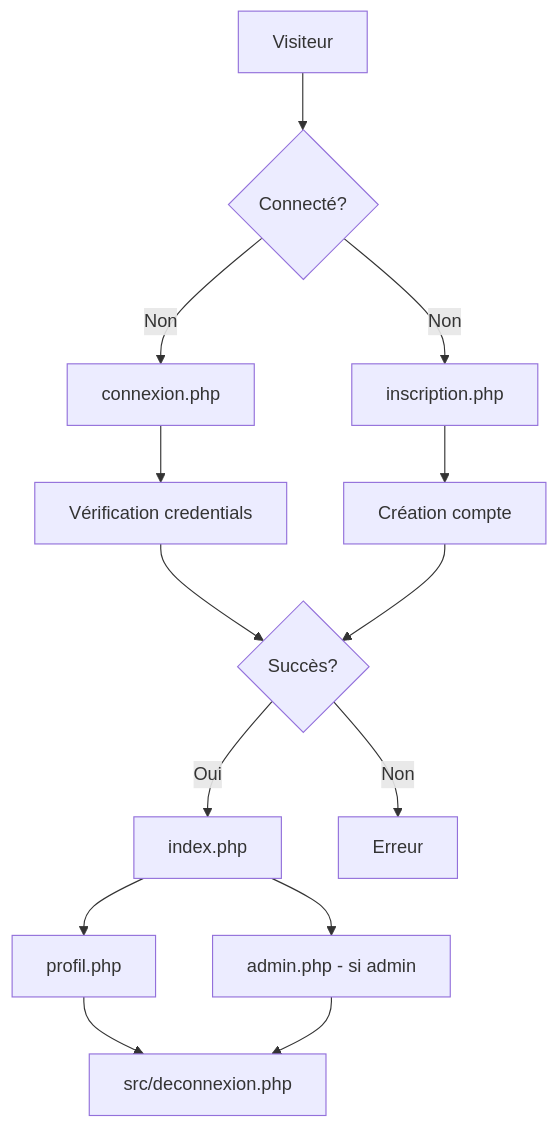
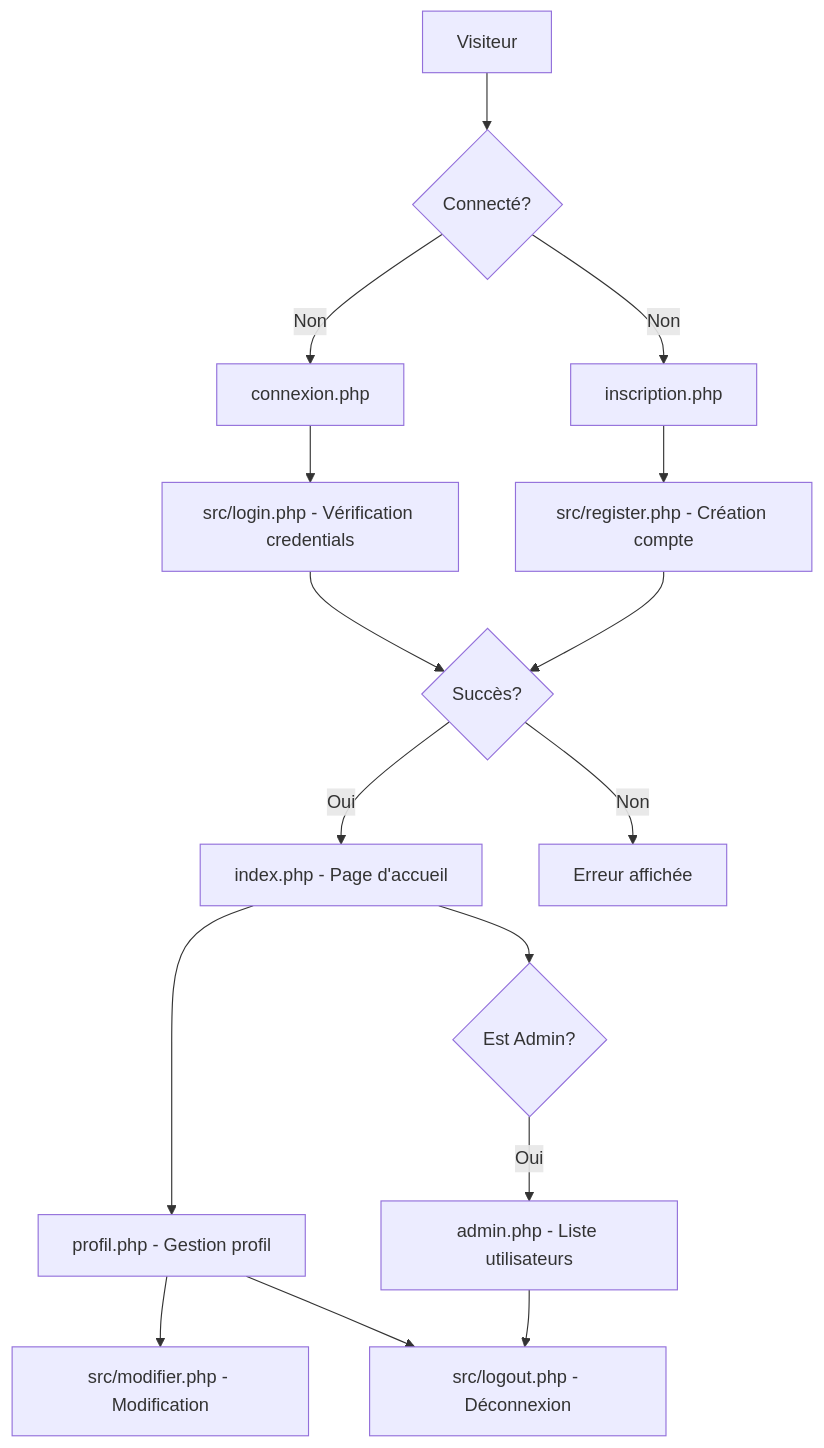
The diagram in README.md (Sofiane224434/module-connexion), drawn with Mermaid before and after one commit. The commit also changed other lines of this file, not shown here.

````diff
--- a/README.md
+++ b/README.md
@@ -55,16 +65,18 @@
 ```mermaid
 graph TD
     A[Visiteur] --> B{Connecté?}
     B -->|Non| C[connexion.php]
     B -->|Non| D[inscription.php]
-    C --> E[Vérification credentials]
-    D --> F[Création compte]
+    C --> E[src/login.php - Vérification credentials]
+    D --> F[src/register.php - Création compte]
     E --> G{Succès?}
     F --> G
-    G -->|Oui| H[index.php]
-    G -->|Non| I[Erreur]
-    H --> J[profil.php]
-    H --> K[admin.php - si admin]
-    J --> L[src/deconnexion.php]
-    K --> L
+    G -->|Oui| H[index.php - Page d'accueil]
+    G -->|Non| I[Erreur affichée]
+    H --> J[profil.php - Gestion profil]
+    H --> K{Est Admin?}
+    K -->|Oui| M[admin.php - Liste utilisateurs]
+    J --> N[src/modifier.php - Modification]
+    J --> L[src/logout.php - Déconnexion]
+    M --> L
 ```
````
